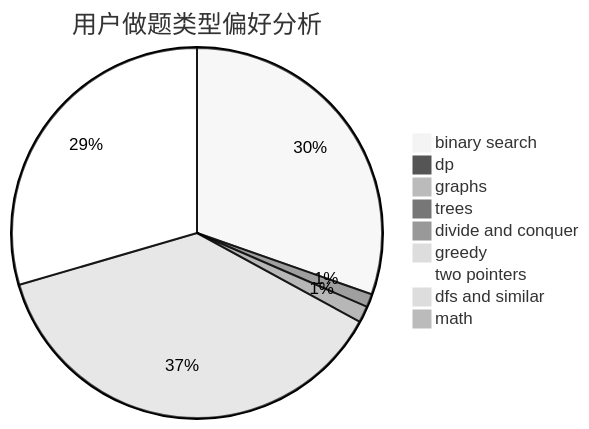
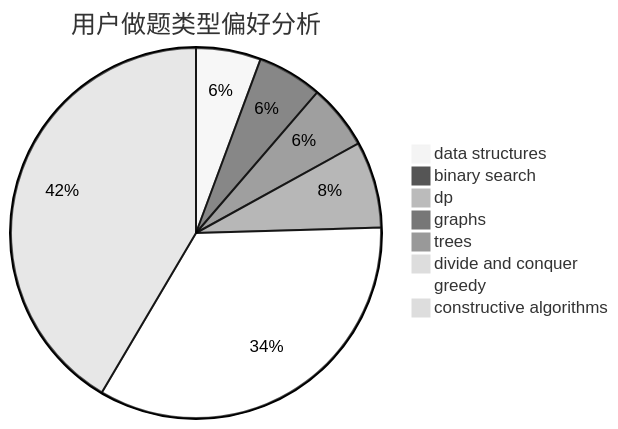
The second of 3 diagrams in docs/user/u629.md (sherpahu/cfrs.github.io), drawn with Mermaid (neutral theme) before and after one commit. The commit also changed other lines of this file and 2775 other files, not shown here.

````diff
--- a/docs/user/u629.md
+++ b/docs/user/u629.md
@@ -23,12 +23,11 @@
 ```mermaid
 pie title 用户做题类型偏好分析
-    "binary search" :  106
+    "data structures" :  3
+    "binary search" :  3
     "dp" :  0
     "graphs" :  3
     "trees" :  4
-    "divide and conquer" :  5
-    "greedy" :  131
-    "two pointers" :  103
-    "dfs and similar" :  0
-    "math" :  0
+    "divide and conquer" :  0
+    "greedy" :  18
+    "constructive algorithms" :  22
 ```
````
